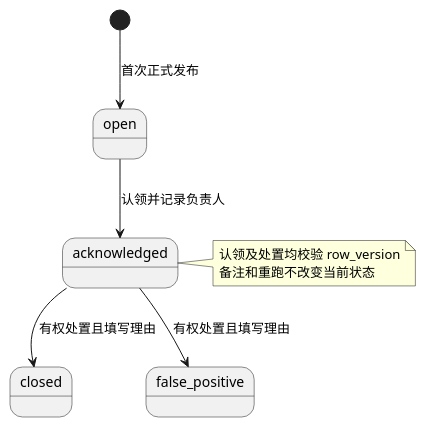
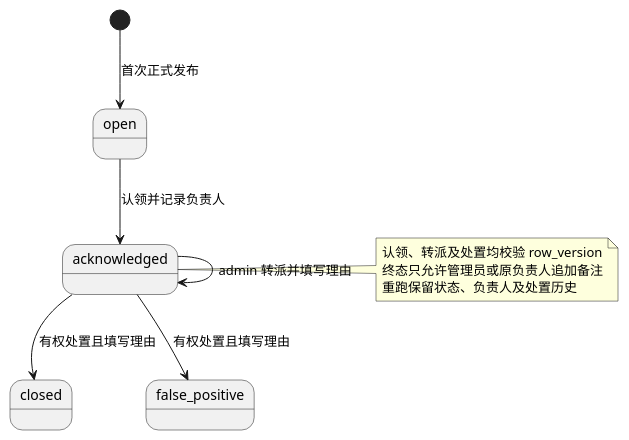
The diagram in models/state-alert.puml (Double-Cloth/NetSentinel), drawn with PlantUML before and after one commit. The commit also changed 17 other files, not shown here.

```diff
--- a/models/state-alert.puml
+++ b/models/state-alert.puml
@@ -1,11 +1,13 @@
 @startuml
 skinparam defaultFontName Microsoft YaHei
 [*] --> open : 首次正式发布
 open --> acknowledged : 认领并记录负责人
 acknowledged --> closed : 有权处置且填写理由
 acknowledged --> false_positive : 有权处置且填写理由
+acknowledged --> acknowledged : admin 转派并填写理由
 note right of acknowledged
-认领及处置均校验 row_version
-备注和重跑不改变当前状态
+认领、转派及处置均校验 row_version
+终态只允许管理员或原负责人追加备注
+重跑保留状态、负责人及处置历史
 end note
 @enduml
```
